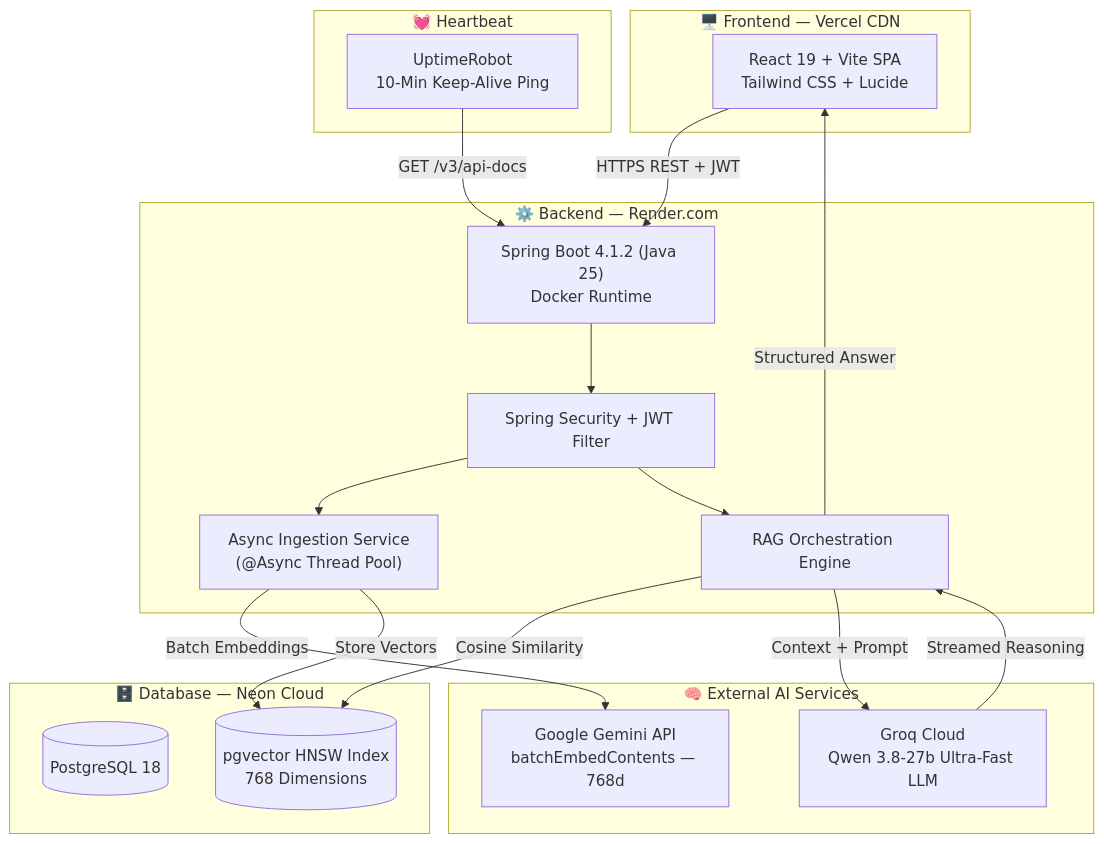
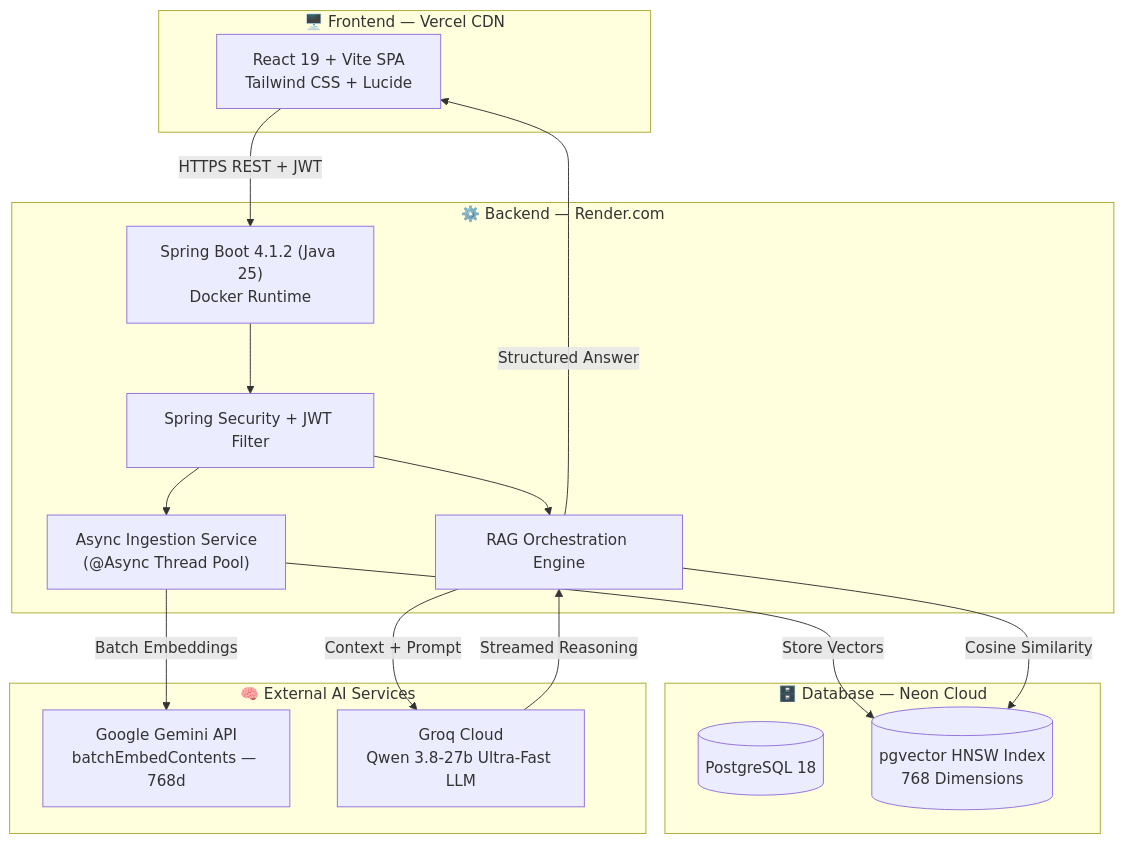
One commit to Sagar-devx/docu-mind-ai changed the first of 2 diagrams in README.md. Above: the diagram before and after it, drawn with Mermaid. The commit also changed other lines of this file, not shown here.

````diff
--- a/README.md
+++ b/README.md
@@ -96,39 +93,34 @@
 ```mermaid
 flowchart TD
     subgraph Client ["🖥️ Frontend — Vercel CDN"]
         UI["React 19 + Vite SPA\nTailwind CSS + Lucide"]
     end
 
     subgraph CloudBackend ["⚙️ Backend — Render.com"]
         API["Spring Boot 4.1.2 (Java 25)\nDocker Runtime"]
         SEC["Spring Security + JWT Filter"]
         ASYNC["Async Ingestion Service\n(@Async Thread Pool)"]
         RAG["RAG Orchestration Engine"]
     end
 
     subgraph DataStore ["🗄️ Database — Neon Cloud"]
         PG[("PostgreSQL 18")]
         VEC[("pgvector HNSW Index\n768 Dimensions")]
     end
 
     subgraph AIProviders ["🧠 External AI Services"]
         GEMINI["Google Gemini API\nbatchEmbedContents — 768d"]
         GROQ["Groq Cloud\nQwen 3.8-27b Ultra-Fast LLM"]
     end
 
-    subgraph Monitor ["💓 Heartbeat"]
-        UR["UptimeRobot\n10-Min Keep-Alive Ping"]
-    end
-
     UI -->|"HTTPS REST + JWT"| API
-    UR -->|"GET /v3/api-docs"| API
     API --> SEC
     SEC --> ASYNC
     SEC --> RAG
     ASYNC -->|"Batch Embeddings"| GEMINI
     ASYNC -->|"Store Vectors"| VEC
     RAG -->|"Cosine Similarity"| VEC
     RAG -->|"Context + Prompt"| GROQ
     GROQ -->|"Streamed Reasoning"| RAG
     RAG -->|"Structured Answer"| UI
 ```
````
